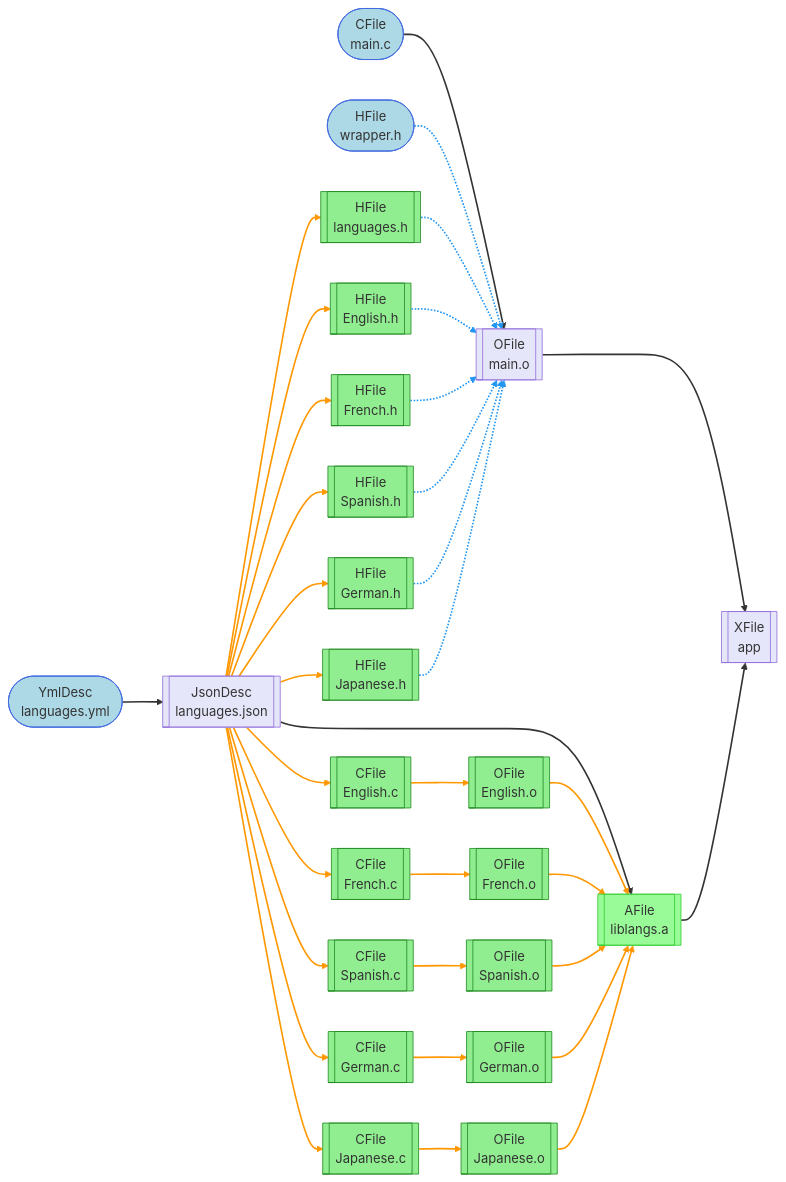
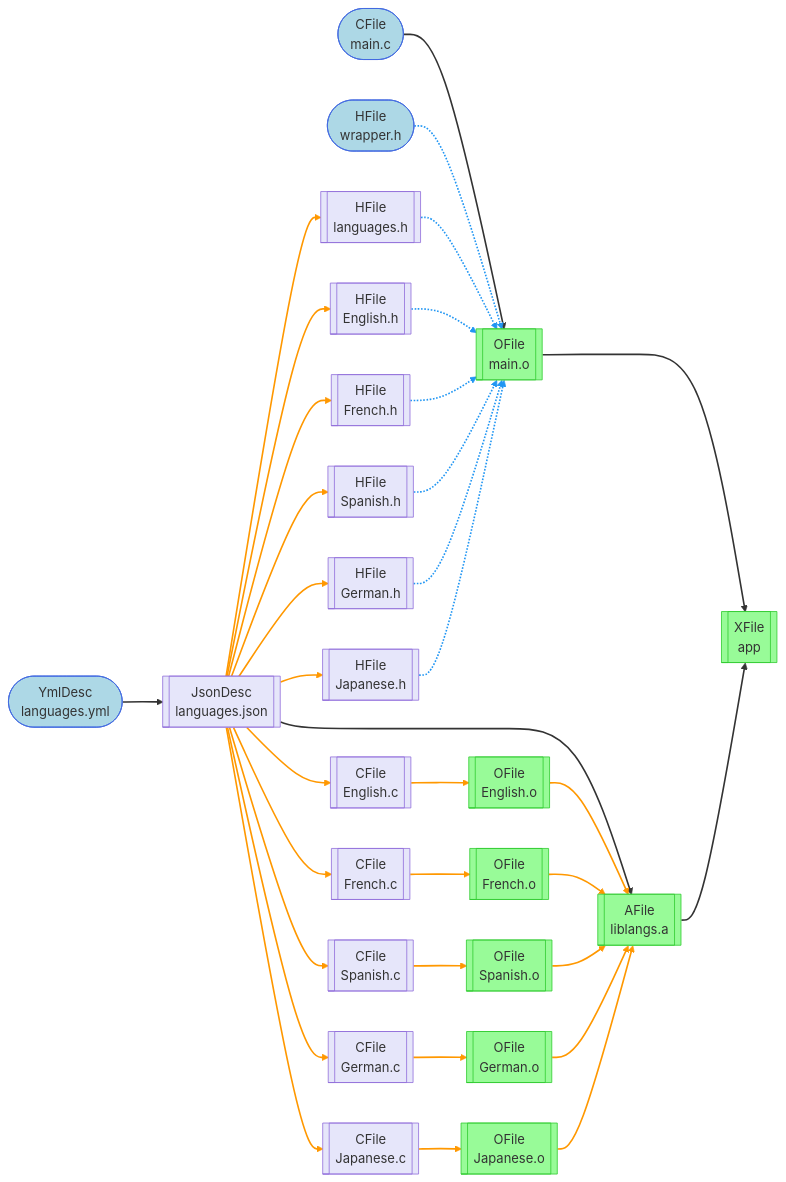
Before and after one commit to laurentcarrie/yamake: the diagram in demo_projects/project_expand/graph.mermaid, drawn with Mermaid. The commit also changed 69 other files, not shown here.

```diff
--- a/demo_projects/project_expand/graph.mermaid
+++ b/demo_projects/project_expand/graph.mermaid
@@ -1,113 +1,113 @@
 flowchart LR
     n0(["CFile<br>main.c"])
     n1[["OFile<br>main.o"]];
     n2(["HFile<br>wrapper.h"])
     n3[["XFile<br>app"]];
     n4(["YmlDesc<br>languages.yml"])
     n5[["JsonDesc<br>languages.json"]];
     n6[["AFile<br>liblangs.a"]];
     n7[["CFile<br>English.c"]];
     n8[["HFile<br>English.h"]];
     n9[["OFile<br>English.o"]];
     n10[["CFile<br>French.c"]];
     n11[["HFile<br>French.h"]];
     n12[["OFile<br>French.o"]];
     n13[["CFile<br>Spanish.c"]];
     n14[["HFile<br>Spanish.h"]];
     n15[["OFile<br>Spanish.o"]];
     n16[["CFile<br>German.c"]];
     n17[["HFile<br>German.h"]];
     n18[["OFile<br>German.o"]];
     n19[["CFile<br>Japanese.c"]];
     n20[["HFile<br>Japanese.h"]];
     n21[["OFile<br>Japanese.o"]];
     n22[["HFile<br>languages.h"]];
     n0 --> n1
     n1 --> n3
     n4 --> n5
     n5 --> n6
     n6 --> n3
     n2 -.-> n1
     n5 ==> n7
     n5 ==> n8
     n7 ==> n9
     n9 ==> n6
     n5 ==> n10
     n5 ==> n11
     n10 ==> n12
     n12 ==> n6
     n5 ==> n13
     n5 ==> n14
     n13 ==> n15
     n15 ==> n6
     n5 ==> n16
     n5 ==> n17
     n16 ==> n18
     n18 ==> n6
     n5 ==> n19
     n5 ==> n20
     n19 ==> n21
     n21 ==> n6
     n5 ==> n22
     n22 -.-> n1
     n8 -.-> n1
     n11 -.-> n1
     n14 -.-> n1
     n17 -.-> n1
     n20 -.-> n1
     style n0 fill:#ADD8E6,stroke:#4169E1
-    style n1 fill:#E6E6FA,stroke:#9370DB
+    style n1 fill:#98FB98,stroke:#32CD32
     style n2 fill:#ADD8E6,stroke:#4169E1
-    style n3 fill:#E6E6FA,stroke:#9370DB
+    style n3 fill:#98FB98,stroke:#32CD32
     style n4 fill:#ADD8E6,stroke:#4169E1
     style n5 fill:#E6E6FA,stroke:#9370DB
     style n6 fill:#98FB98,stroke:#32CD32
-    style n7 fill:#90EE90,stroke:#228B22
-    style n8 fill:#90EE90,stroke:#228B22
-    style n9 fill:#90EE90,stroke:#228B22
-    style n10 fill:#90EE90,stroke:#228B22
-    style n11 fill:#90EE90,stroke:#228B22
-    style n12 fill:#90EE90,stroke:#228B22
-    style n13 fill:#90EE90,stroke:#228B22
-    style n14 fill:#90EE90,stroke:#228B22
-    style n15 fill:#90EE90,stroke:#228B22
-    style n16 fill:#90EE90,stroke:#228B22
-    style n17 fill:#90EE90,stroke:#228B22
-    style n18 fill:#90EE90,stroke:#228B22
-    style n19 fill:#90EE90,stroke:#228B22
-    style n20 fill:#90EE90,stroke:#228B22
-    style n21 fill:#90EE90,stroke:#228B22
-    style n22 fill:#90EE90,stroke:#228B22
+    style n7 fill:#E6E6FA,stroke:#9370DB
+    style n8 fill:#E6E6FA,stroke:#9370DB
+    style n9 fill:#98FB98,stroke:#32CD32
+    style n10 fill:#E6E6FA,stroke:#9370DB
+    style n11 fill:#E6E6FA,stroke:#9370DB
+    style n12 fill:#98FB98,stroke:#32CD32
+    style n13 fill:#E6E6FA,stroke:#9370DB
+    style n14 fill:#E6E6FA,stroke:#9370DB
+    style n15 fill:#98FB98,stroke:#32CD32
+    style n16 fill:#E6E6FA,stroke:#9370DB
+    style n17 fill:#E6E6FA,stroke:#9370DB
+    style n18 fill:#98FB98,stroke:#32CD32
+    style n19 fill:#E6E6FA,stroke:#9370DB
+    style n20 fill:#E6E6FA,stroke:#9370DB
+    style n21 fill:#98FB98,stroke:#32CD32
+    style n22 fill:#E6E6FA,stroke:#9370DB
     linkStyle 0 stroke:#333,stroke-width:2px
     linkStyle 1 stroke:#333,stroke-width:2px
     linkStyle 2 stroke:#333,stroke-width:2px
     linkStyle 3 stroke:#333,stroke-width:2px
     linkStyle 4 stroke:#333,stroke-width:2px
     linkStyle 5 stroke:#2196F3,stroke-width:2px
     linkStyle 6 stroke:#FF9800,stroke-width:2px
     linkStyle 7 stroke:#FF9800,stroke-width:2px
     linkStyle 8 stroke:#FF9800,stroke-width:2px
     linkStyle 9 stroke:#FF9800,stroke-width:2px
     linkStyle 10 stroke:#FF9800,stroke-width:2px
     linkStyle 11 stroke:#FF9800,stroke-width:2px
     linkStyle 12 stroke:#FF9800,stroke-width:2px
     linkStyle 13 stroke:#FF9800,stroke-width:2px
     linkStyle 14 stroke:#FF9800,stroke-width:2px
     linkStyle 15 stroke:#FF9800,stroke-width:2px
     linkStyle 16 stroke:#FF9800,stroke-width:2px
     linkStyle 17 stroke:#FF9800,stroke-width:2px
     linkStyle 18 stroke:#FF9800,stroke-width:2px
     linkStyle 19 stroke:#FF9800,stroke-width:2px
     linkStyle 20 stroke:#FF9800,stroke-width:2px
     linkStyle 21 stroke:#FF9800,stroke-width:2px
     linkStyle 22 stroke:#FF9800,stroke-width:2px
     linkStyle 23 stroke:#FF9800,stroke-width:2px
     linkStyle 24 stroke:#FF9800,stroke-width:2px
     linkStyle 25 stroke:#FF9800,stroke-width:2px
     linkStyle 26 stroke:#FF9800,stroke-width:2px
     linkStyle 27 stroke:#2196F3,stroke-width:2px
     linkStyle 28 stroke:#2196F3,stroke-width:2px
     linkStyle 29 stroke:#2196F3,stroke-width:2px
     linkStyle 30 stroke:#2196F3,stroke-width:2px
     linkStyle 31 stroke:#2196F3,stroke-width:2px
     linkStyle 32 stroke:#2196F3,stroke-width:2px
```
